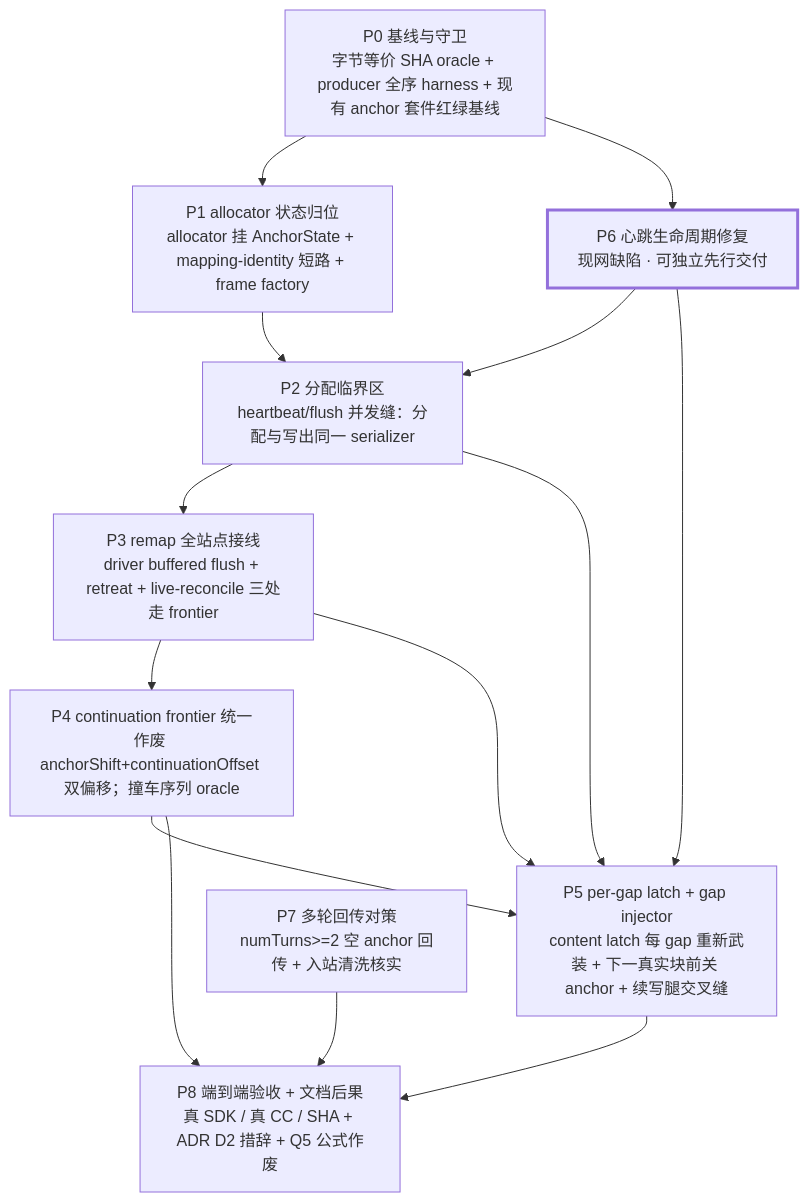
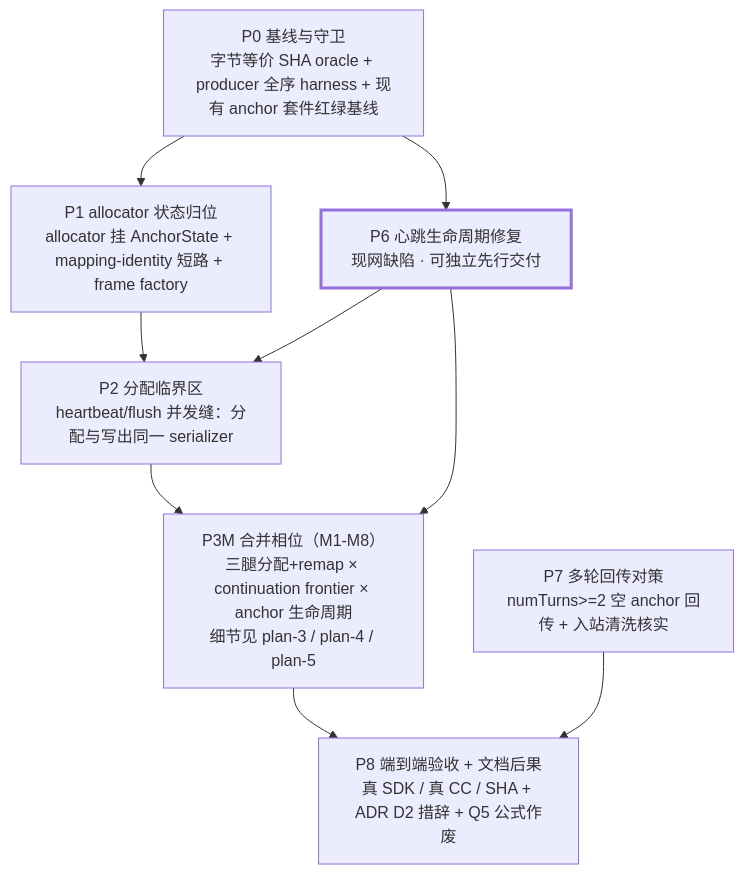
One commit to puxu-msft/copilot-api-js changed the diagram in docs/plan/2026-07-27-inter-block-anchor-allocator/README.md. Above: the diagram before and after it, drawn with Mermaid. The commit also changed other lines of this file and 7 other files, not shown here.

````diff
--- a/docs/plan/2026-07-27-inter-block-anchor-allocator/README.md
+++ b/docs/plan/2026-07-27-inter-block-anchor-allocator/README.md
@@ -21,28 +21,21 @@
 ```mermaid
 graph TD
   P0["P0 基线与守卫<br/>字节等价 SHA oracle + producer 全序 harness + 现有 anchor 套件红绿基线"]
   P1["P1 allocator 状态归位<br/>allocator 挂 AnchorState + mapping-identity 短路 + frame factory"]
   P2["P2 分配临界区<br/>heartbeat/flush 并发缝：分配与写出同一 serializer"]
-  P3["P3 remap 全站点接线<br/>driver buffered flush + retreat + live-reconcile 三处走 frontier"]
-  P4["P4 continuation frontier 统一<br/>作废 anchorShift+continuationOffset 双偏移；撞车序列 oracle"]
-  P5["P5 per-gap latch + gap injector<br/>content latch 每 gap 重新武装 + 下一真实块前关 anchor + 续写腿交叉缝"]
+  P3M["P3M 合并相位（M1-M8）<br/>三腿分配+remap × continuation frontier × anchor 生命周期<br/>细节见 plan-3 / plan-4 / plan-5"]
   P6["P6 心跳生命周期修复<br/>现网缺陷 · 可独立先行交付"]
   P7["P7 多轮回传对策<br/>numTurns>=2 空 anchor 回传 + 入站清洗核实"]
   P8["P8 端到端验收 + 文档后果<br/>真 SDK / 真 CC / SHA + ADR D2 措辞 + Q5 公式作废"]
 
   P0 --> P1
   P0 --> P6
   P1 --> P2
   P6 --> P2
-  P2 --> P3
-  P3 --> P4
-  P2 --> P5
-  P3 --> P5
-  P6 --> P5
-  P4 --> P5
-  P4 --> P8
-  P5 --> P8
+  P2 --> P3M
+  P6 --> P3M
+  P3M --> P8
   P7 --> P8
 
   style P6 stroke-width:3px
 ```
````
